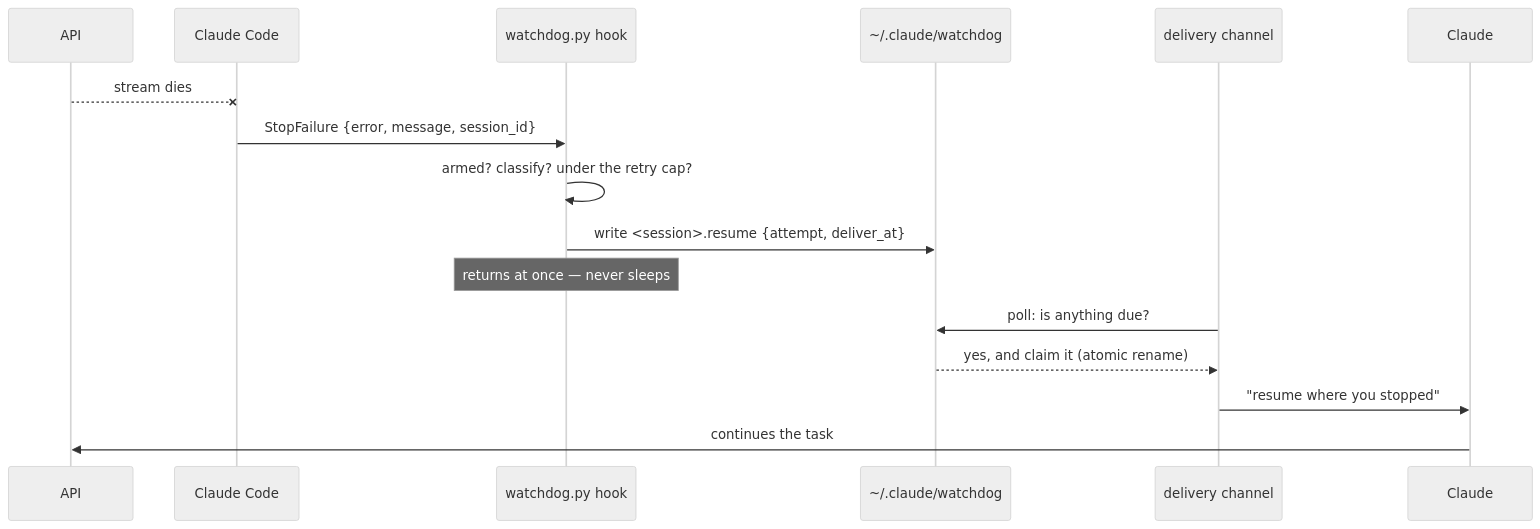
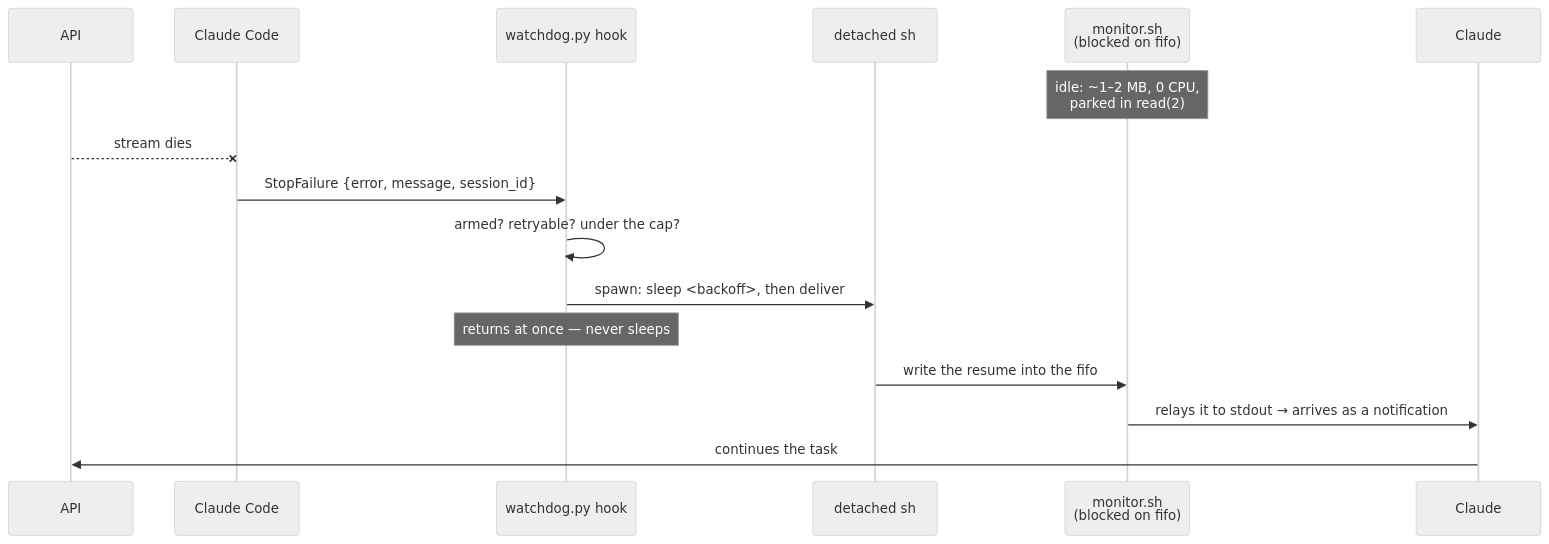
Before and after one commit to fuadnafiz98/claude-watchdog: the second of 4 diagrams in README.md, drawn with Mermaid (neutral theme). The commit also changed other lines of this file and 4 other files, not shown here.

````diff
--- a/README.md
+++ b/README.md
@@ -54,19 +60,19 @@
 ```mermaid
 sequenceDiagram
     participant API
     participant CC as Claude Code
     participant Hook as watchdog.py hook
-    participant Disk as ~/.claude/watchdog
-    participant Ch as delivery channel
+    participant Sh as detached sh
+    participant Mon as monitor.sh<br/>(blocked on fifo)
     participant Claude
 
+    Note over Mon: idle: ~1–2 MB, 0 CPU,<br/>parked in read(2)
     API--xCC: stream dies
     CC->>Hook: StopFailure {error, message, session_id}
-    Hook->>Hook: armed? classify? under the retry cap?
-    Hook->>Disk: write <session>.resume {attempt, deliver_at}
+    Hook->>Hook: armed? retryable? under the cap?
+    Hook->>Sh: spawn: sleep <backoff>, then deliver
     Note over Hook: returns at once — never sleeps
-    Ch->>Disk: poll: is anything due?
-    Disk-->>Ch: yes, and claim it (atomic rename)
-    Ch->>Claude: "resume where you stopped"
+    Sh->>Mon: write the resume into the fifo
+    Mon->>Claude: relays it to stdout → arrives as a notification
     Claude->>API: continues the task
 ```
````
